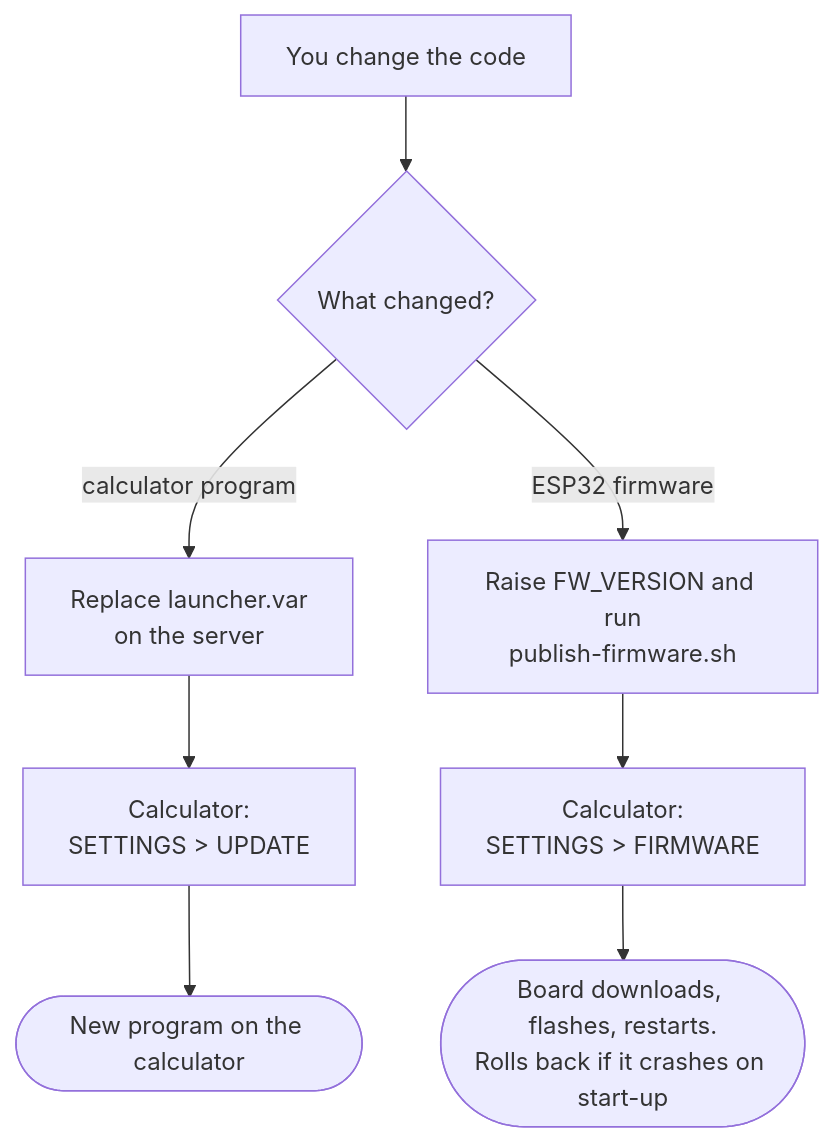
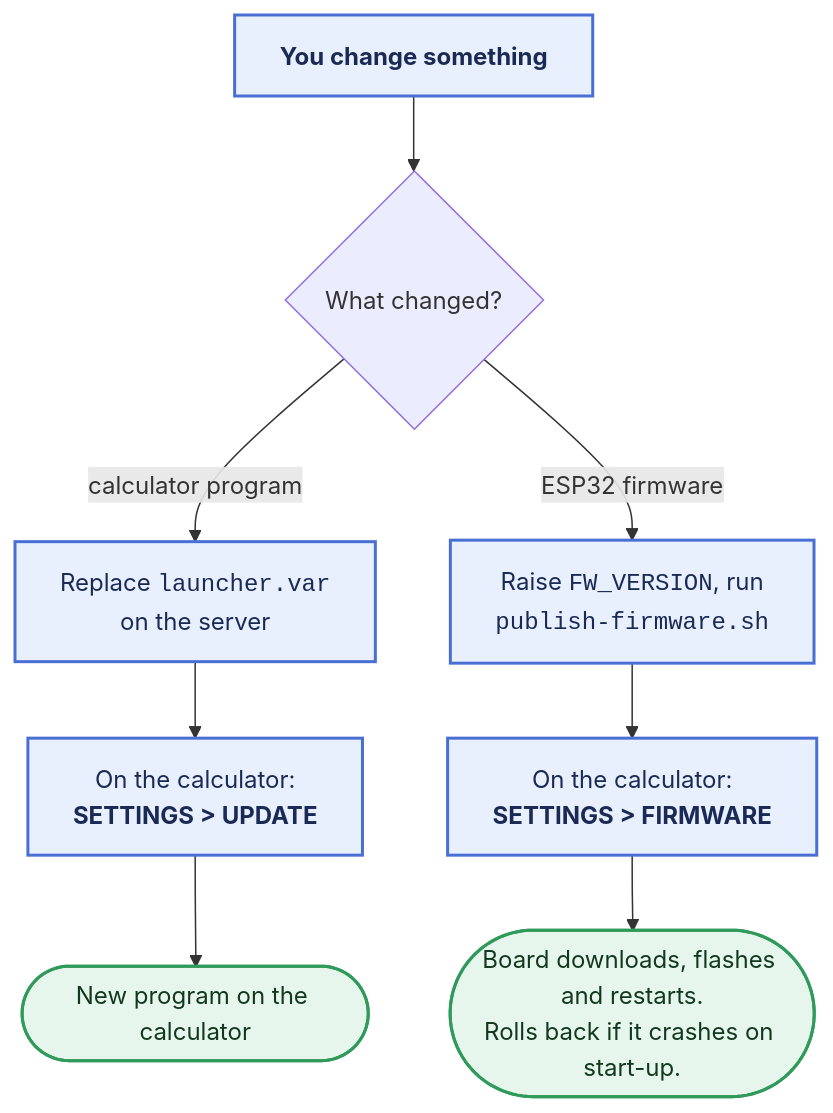
The second of 2 diagrams in docs/overview.md (TheLlamainator/TI84-AI-Mod), drawn with Mermaid before and after one commit. The commit also changed other lines of this file and 5 other files, not shown here.

Commit message:
Better README, zoomable diagrams

````diff
--- a/docs/overview.md
+++ b/docs/overview.md
@@ -68,10 +54,15 @@
 ```mermaid
 flowchart TB
-    DEV["You change the code"] --> A{"What changed?"}
-    A -->|"calculator program"| LV["Replace launcher.var<br/>on the server"]
-    A -->|"ESP32 firmware"| PUB["Raise FW_VERSION and run<br/>publish-firmware.sh"]
-    LV --> U["Calculator:<br/>SETTINGS > UPDATE"]
-    PUB --> F["Calculator:<br/>SETTINGS > FIRMWARE"]
+    DEV["<b>You change something</b>"] --> Q{"What changed?"}
+    Q -->|"calculator program"| LV["Replace <code>launcher.var</code><br/>on the server"]
+    Q -->|"ESP32 firmware"| PUB["Raise <code>FW_VERSION</code>, run<br/><code>publish-firmware.sh</code>"]
+    LV --> U["On the calculator:<br/><b>SETTINGS &gt; UPDATE</b>"]
+    PUB --> F["On the calculator:<br/><b>SETTINGS &gt; FIRMWARE</b>"]
     U --> OK1(["New program on the calculator"])
-    F --> OK2(["Board downloads, flashes, restarts.<br/>Rolls back if it crashes on start-up"])
+    F --> OK2(["Board downloads, flashes and restarts.<br/>Rolls back if it crashes on start-up."])
+
+    classDef act fill:#e8f0fe,stroke:#4a6fd4,stroke-width:2px,color:#1a2a55
+    classDef done fill:#e6f6ec,stroke:#2f9a5a,stroke-width:2px,color:#12391f
+    class DEV,LV,PUB,U,F act
+    class OK1,OK2 done
 ```
````
